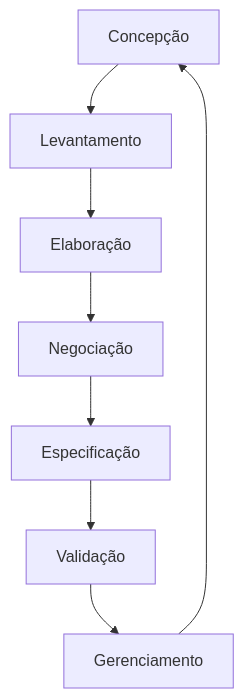
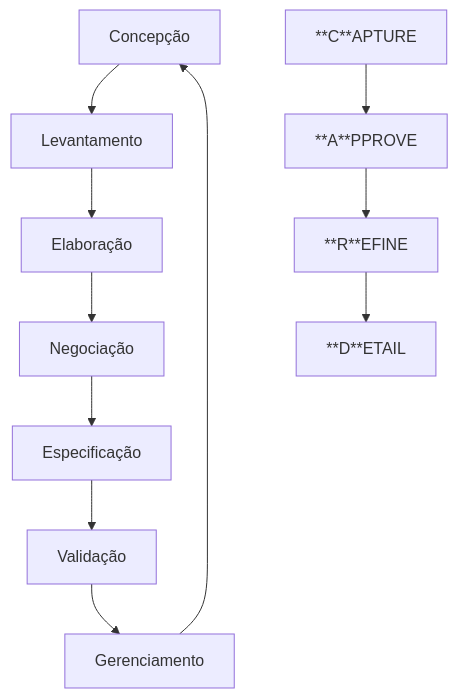
Before and after one commit to vanessacezarn/3_Semestre: the diagram in Engenharia e Requisitos de Software/aula_07 02.04.md, drawn with Mermaid. The commit also changed other lines of this file, not shown here.

````diff
--- a/Engenharia e Requisitos de Software/aula_07 02.04.md
+++ b/Engenharia e Requisitos de Software/aula_07 02.04.md
@@ -2,10 +2,15 @@
 ```mermaid
 graph TD;
     Concepção --> Levantamento;
     Levantamento --> Elaboração;
     Elaboração --> Negociação;
     Negociação --> Especificação;
     Especificação --> Validação;
     Validação --> Gerenciamento;
     Gerenciamento --> Concepção;
+
+    **C**APTURE-->**A**PPROVE
+    **A**PPROVE-->**R**EFINE
+    **R**EFINE-->**D**ETAIL
+    
 ```
````
